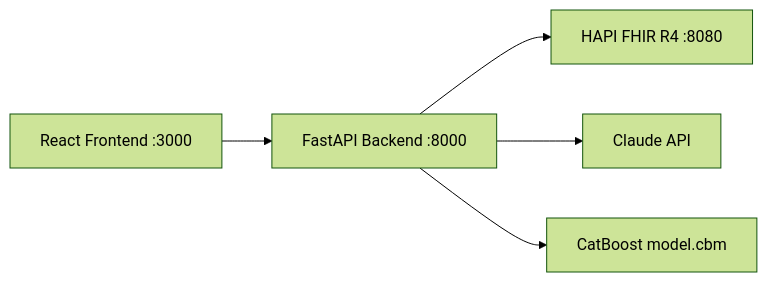
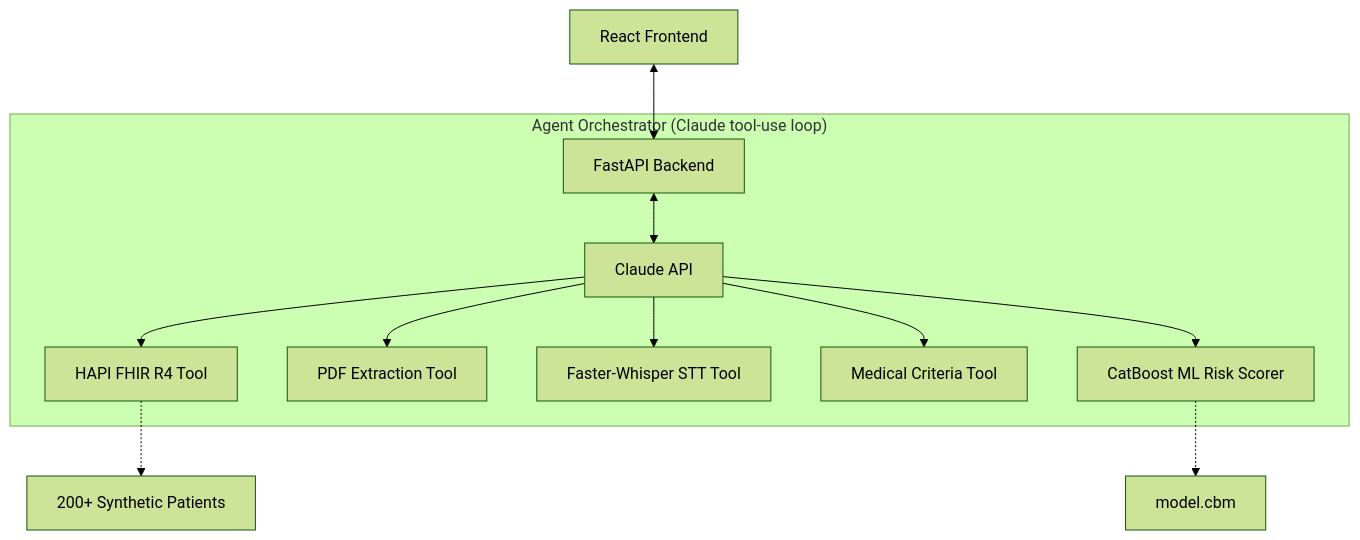
Before and after one commit to realakshayk1/prior-ai: the diagram in README.md, drawn with Mermaid (forest theme). The commit also changed other lines of this file, not shown here.

Commit message:
update README.md to reflect current agentic architecture and ML stack

````diff
--- a/README.md
+++ b/README.md
@@ -26,7 +30,14 @@
 ```mermaid
-graph LR
-  UI[React Frontend :3000] --> API[FastAPI Backend :8000]
-  API --> FHIR[HAPI FHIR R4 :8080]
-  API --> Claude[Claude API]
-  API --> Model[CatBoost model.cbm]
+graph TD
+    Client[React Frontend] <--> API[FastAPI Backend]
+    subgraph "Agent Orchestrator (Claude tool-use loop)"
+        API <--> Claude[Claude API]
+        Claude --> FHIR[HAPI FHIR R4 Tool]
+        Claude --> PDF[PDF Extraction Tool]
+        Claude --> Audio[Faster-Whisper STT Tool]
+        Claude --> Criteria[Medical Criteria Tool]
+        Claude --> Risk[CatBoost ML Risk Scorer]
+    end
+    Risk -.-> model[model.cbm]
+    FHIR -.-> patients[200+ Synthetic Patients]
 ```
````
